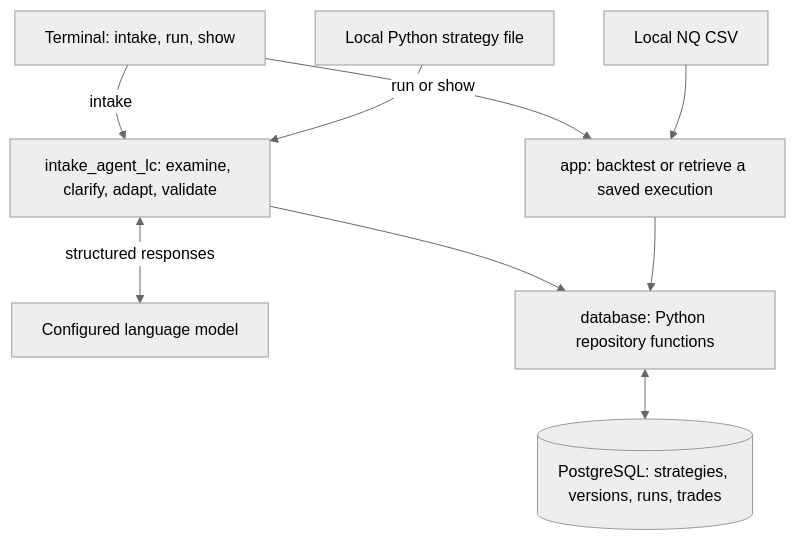
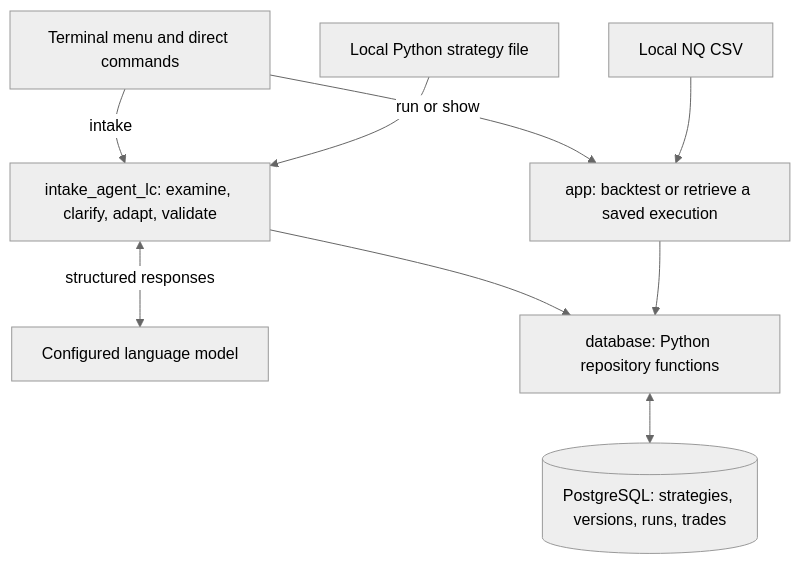
The diagram in README.md (biggiechazza/Strategy_Creation_Backtesing_Deployment), drawn with Mermaid (neutral theme) before and after one commit. The commit also changed other lines of this file, not shown here.

First line of the commit message:
Revise README for terminal menu and command updates

````diff
--- a/README.md
+++ b/README.md
@@ -23,11 +23,11 @@
 ```mermaid
 flowchart TD
-    Terminal["Terminal: intake, run, show"] -->|intake| Intake["intake_agent_lc: examine, clarify, adapt, validate"]
+    Terminal["Terminal menu and direct commands"] -->|intake| Intake["intake_agent_lc: examine, clarify, adapt, validate"]
     Source["Local Python strategy file"] --> Intake
     Intake <-->|structured responses| Model["Configured language model"]
     Intake --> Repositories["database: Python repository functions"]
     Terminal -->|run or show| App["app: backtest or retrieve a saved execution"]
     CSV["Local NQ CSV"] --> App
     App --> Repositories
     Repositories <--> PostgreSQL[("PostgreSQL: strategies, versions, runs, trades")]
 ```
````
